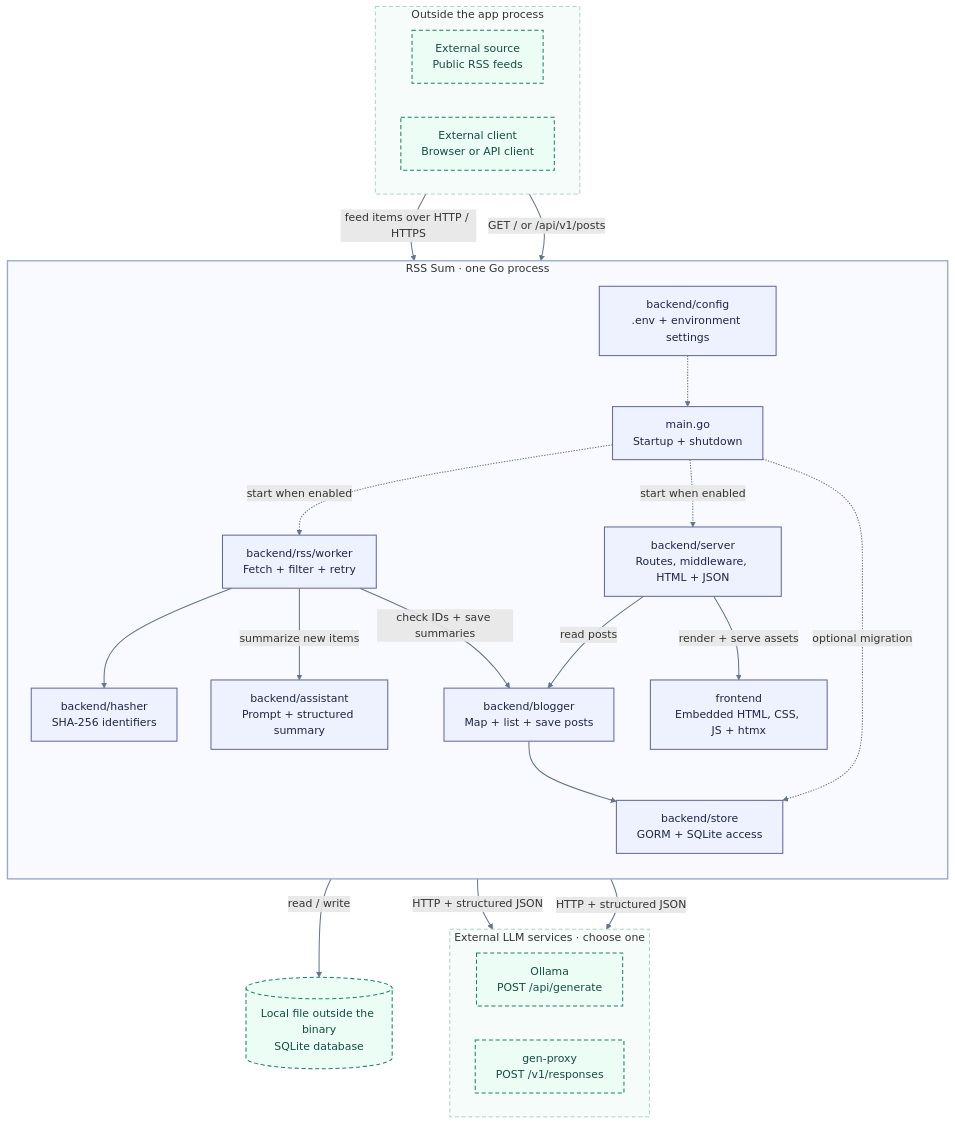
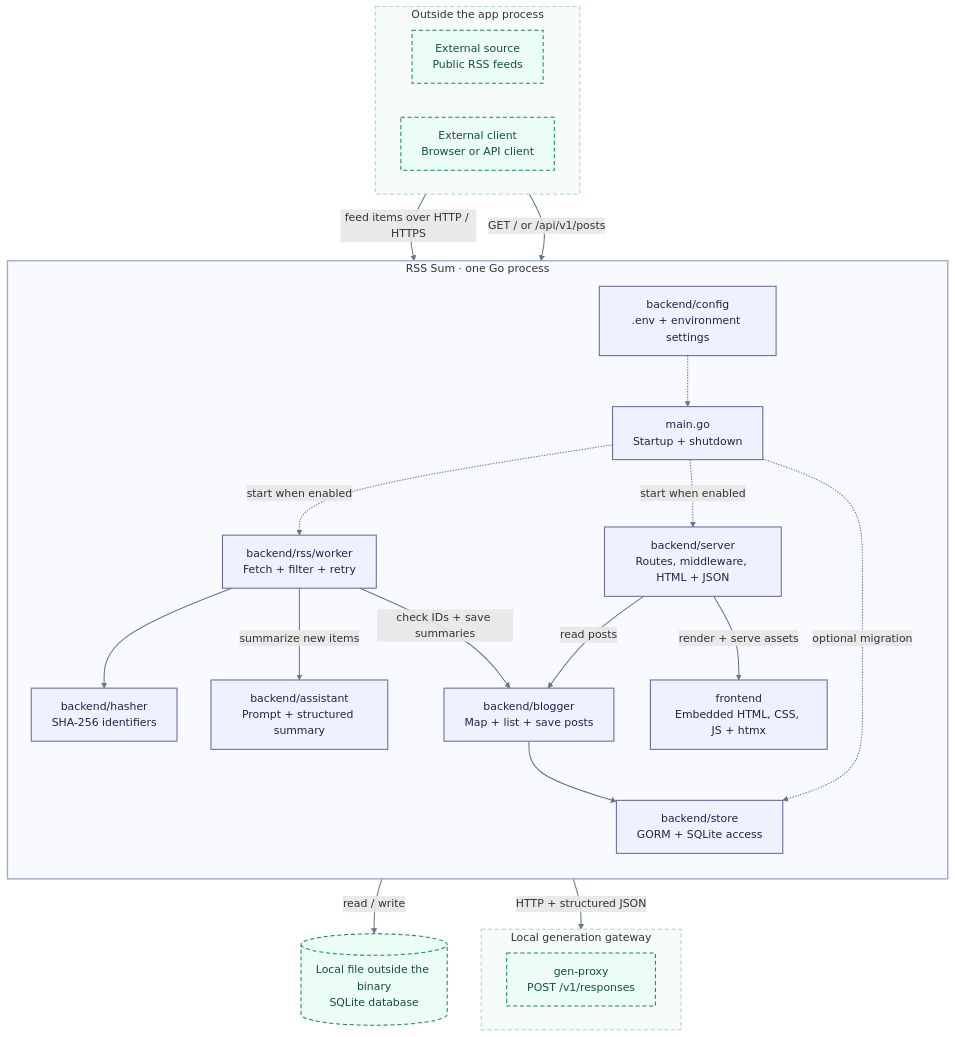
The diagram in README.md (rjxby/rss-sum), drawn with Mermaid before and after one commit. The commit also changed other lines of this file and 69 other files, not shown here.

````diff
--- a/README.md
+++ b/README.md
@@ -12,54 +16,52 @@
 ```mermaid
 flowchart TB
     subgraph sources["Outside the app process"]
         direction LR
         Feeds["External source<br/>Public RSS feeds"]
         Client["External client<br/>Browser or API client"]
     end
 
     subgraph app["RSS Sum · one Go process"]
         direction TB
         Main["main.go<br/>Startup + shutdown"]
         Config["backend/config<br/>.env + environment settings"]
         Worker["backend/rss/worker<br/>Fetch + filter + retry"]
         Hasher["backend/hasher<br/>SHA-256 identifiers"]
         Assistant["backend/assistant<br/>Prompt + structured summary"]
         Server["backend/server<br/>Routes, middleware, HTML + JSON"]
         Frontend["frontend<br/>Embedded HTML, CSS, JS + htmx"]
         Blogger["backend/blogger<br/>Map + list + save posts"]
         Store["backend/store<br/>GORM + SQLite access"]
 
         Config -.-> Main
         Main -. "start when enabled" .-> Worker
         Main -. "start when enabled" .-> Server
         Main -. "optional migration" .-> Store
         Worker --> Hasher
         Worker -- "summarize new items" --> Assistant
         Worker -- "check IDs + save summaries" --> Blogger
         Server -- "read posts" --> Blogger
         Server -- "render + serve assets" --> Frontend
         Blogger --> Store
     end
 
-    subgraph providers["External LLM services · choose one"]
+    subgraph providers["Local generation gateway"]
         direction LR
-        Ollama["Ollama<br/>POST /api/generate"]
         Proxy["gen-proxy<br/>POST /v1/responses"]
     end
 
     Database[("Local file outside the binary<br/>SQLite database")]
     Feeds -- "feed items over HTTP / HTTPS" --> Worker
     Client -- "GET / or /api/v1/posts" --> Server
-    Assistant -- "HTTP + structured JSON" --> Ollama
     Assistant -- "HTTP + structured JSON" --> Proxy
     Store -- "read / write" --> Database
 
     classDef owned fill:#eef2ff,stroke:#6366a0,color:#1e2448,stroke-width:1.5px
     classDef external fill:#ecfdf5,stroke:#16836b,color:#134e42,stroke-width:1.5px,stroke-dasharray:6 4
     class Main,Config,Worker,Hasher,Assistant,Server,Frontend,Blogger,Store owned
-    class Feeds,Client,Ollama,Proxy,Database external
+    class Feeds,Client,Proxy,Database external
     style app fill:#f8faff,stroke:#9ba8cf,stroke-width:2px
     style sources fill:#f5fcf9,stroke:#90bbae,stroke-dasharray:6 4
     style providers fill:#f5fcf9,stroke:#90bbae,stroke-dasharray:6 4
     linkStyle default stroke:#64748b,stroke-width:1.5px
 ```
````
